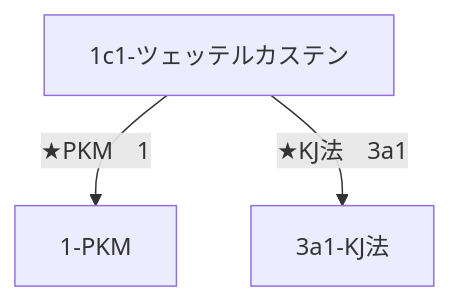
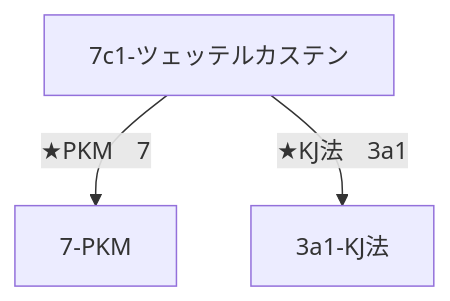
The third of 4 diagrams in ja/paper-pkm/guide.md (Yurii7812/homepage), drawn with Mermaid before and after one commit. The commit also changed other lines of this file and 6 other files, not shown here.

````diff
--- a/ja/paper-pkm/guide.md
+++ b/ja/paper-pkm/guide.md
@@ -218,5 +207,5 @@
 ```mermaid
 flowchart TD
-  A["1c1-ツェッテルカステン"] -->|"★PKM　1"| B["1-PKM"]
+  A["7c1-ツェッテルカステン"] -->|"★PKM　7"| B["7-PKM"]
   A -->|"★KJ法　3a1"| C["3a1-KJ法"]
 ```
````
